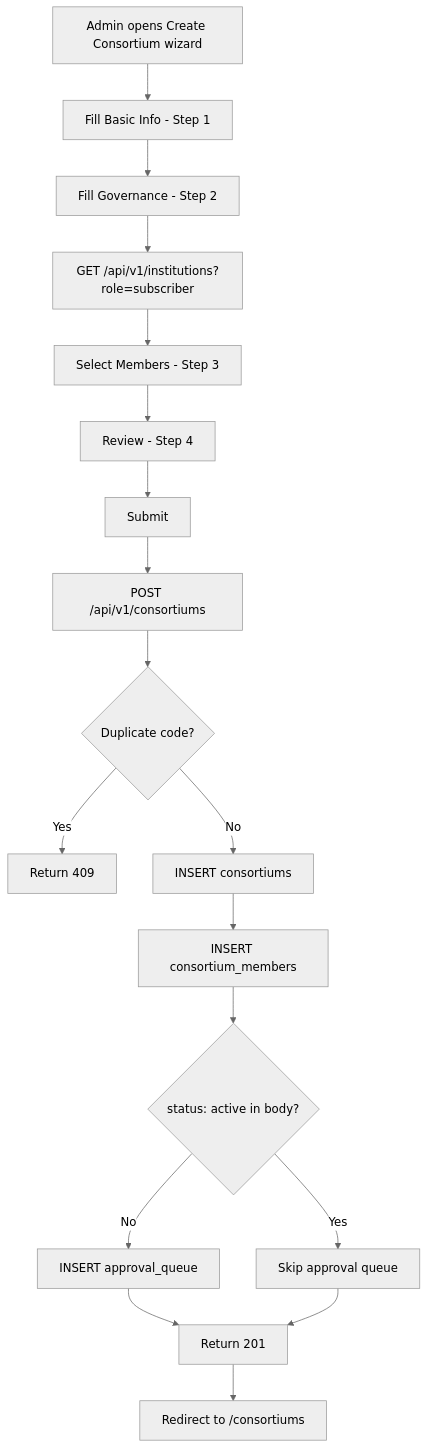
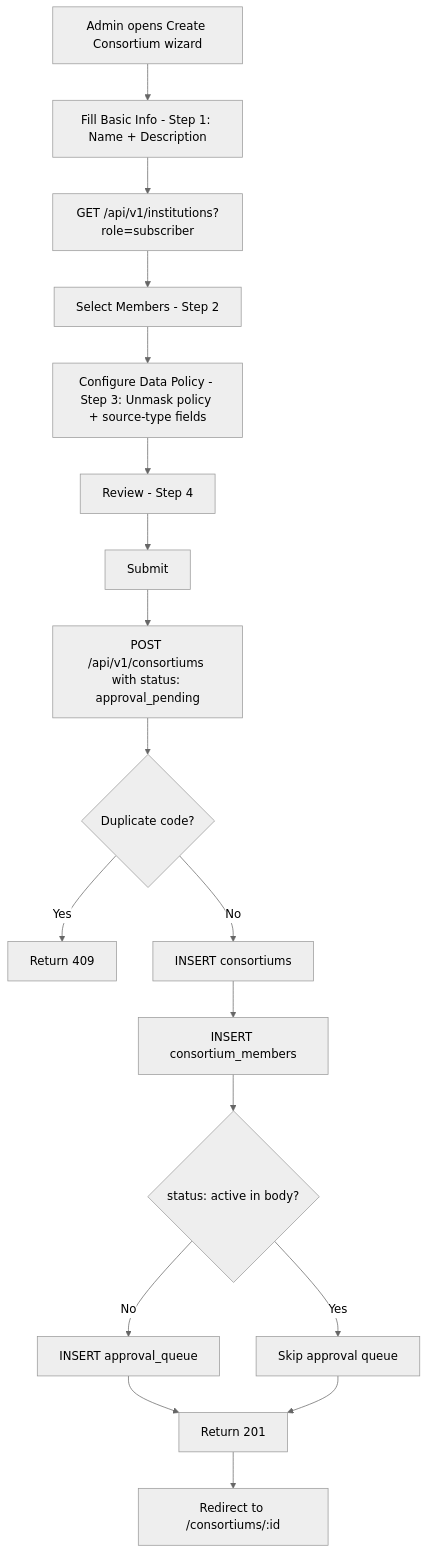
Before and after one commit to ashutoshbelulkar-coder/credit-harmony: the first of 2 diagrams in docs/User stories/EPIC-03-Consortium-Management.md, drawn with Mermaid (neutral theme). The commit also changed other lines of this file and 14 other files, not shown here.

````diff
--- a/docs/User stories/EPIC-03-Consortium-Management.md
+++ b/docs/User stories/EPIC-03-Consortium-Management.md
@@ -233,20 +231,20 @@
 ```mermaid
 flowchart TD
-    A[Admin opens Create Consortium wizard] --> B[Fill Basic Info - Step 1]
-    B --> C[Fill Governance - Step 2]
-    C --> D[GET /api/v1/institutions?role=subscriber]
-    D --> E[Select Members - Step 3]
+    A[Admin opens Create Consortium wizard] --> B[Fill Basic Info - Step 1: Name + Description]
+    B --> C[GET /api/v1/institutions?role=subscriber]
+    C --> D[Select Members - Step 2]
+    D --> E[Configure Data Policy - Step 3: Unmask policy + source-type fields]
     E --> F[Review - Step 4]
     F --> G[Submit]
-    G --> H[POST /api/v1/consortiums]
+    G --> H[POST /api/v1/consortiums with status: approval_pending]
     H --> I{Duplicate code?}
     I -->|Yes| J[Return 409]
     I -->|No| K[INSERT consortiums]
     K --> L[INSERT consortium_members]
     L --> M{status: active in body?}
     M -->|No| N[INSERT approval_queue]
     M -->|Yes| O[Skip approval queue]
     N --> P[Return 201]
     O --> P
-    P --> Q[Redirect to /consortiums]
+    P --> Q[Redirect to /consortiums/:id]
 ```
````
